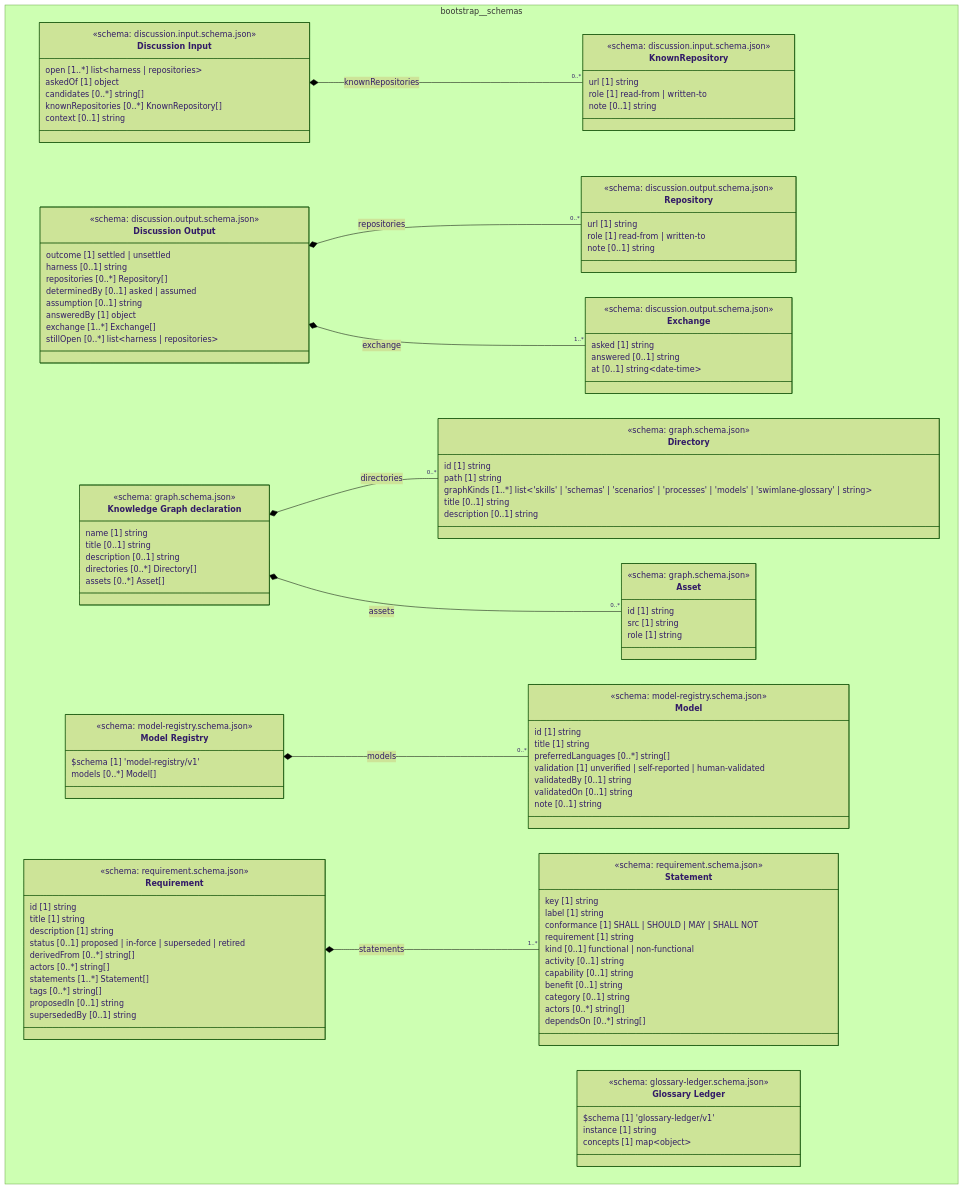
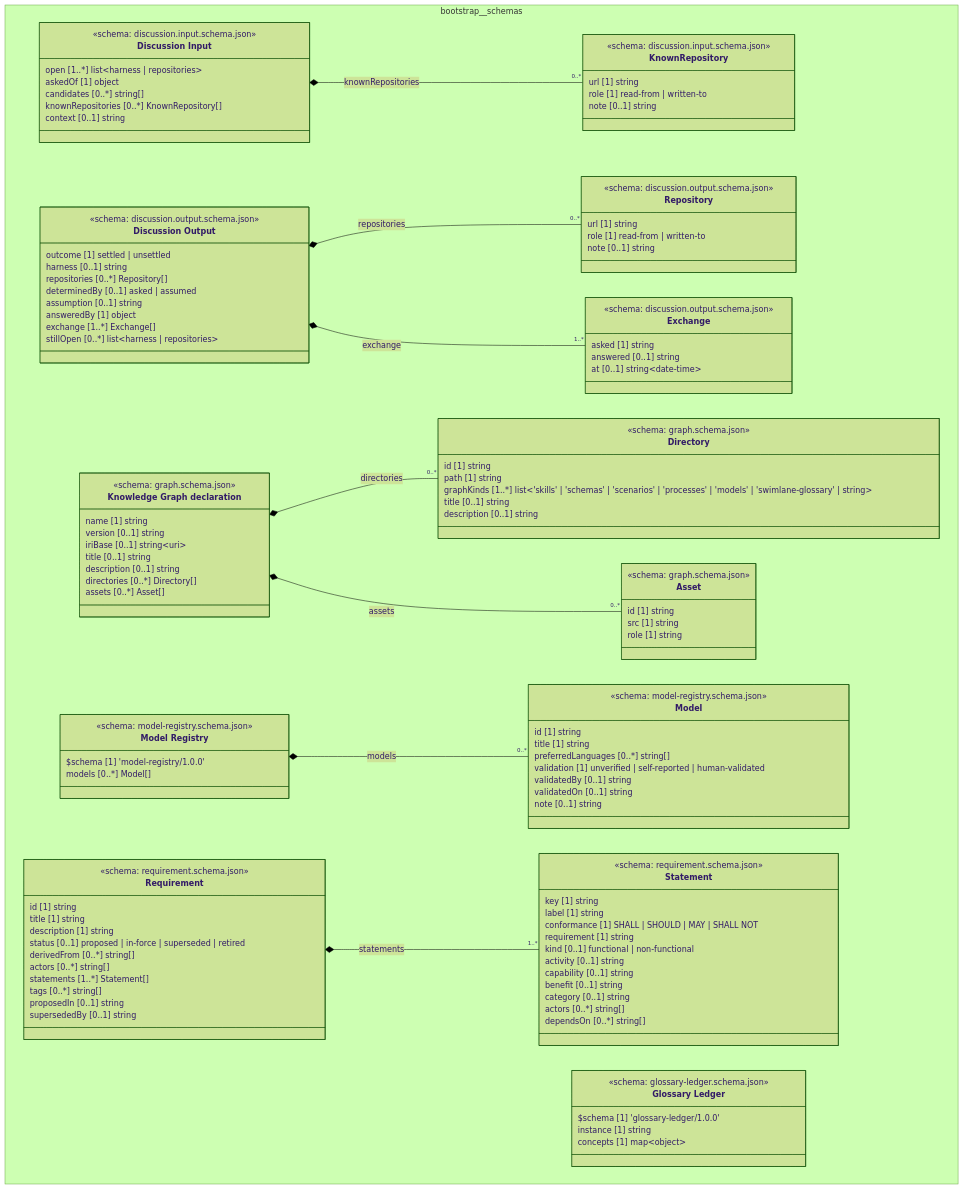
The diagram in cat-harness/docs/uml/overview/bootstrap/schemas.md (litlfred/folio-assistant), drawn with Mermaid (forest theme) before and after one commit. The commit also changed 332 other files, not shown here.

```diff
--- a/cat-harness/docs/uml/overview/bootstrap/schemas.md
+++ b/cat-harness/docs/uml/overview/bootstrap/schemas.md
@@ -82,7 +82,7 @@
     }
     class bootstrap_schemas_glossary_ledger_schema_json_Glossary_Ledger["Glossary Ledger"] {
       <<schema: glossary-ledger.schema.json>>
-      $schema [1] 'glossary-ledger/v1'
+      $schema [1] 'glossary-ledger/1.0.0'
       instance [1] string
       concepts [1] map~object~
     }
@@ -103,6 +103,8 @@
     class bootstrap_schemas_graph_schema_json_Knowledge_Graph_declaration["Knowledge Graph declaration"] {
       <<schema: graph.schema.json>>
       name [1] string
+      version [0..1] string
+      iriBase [0..1] string~uri~
       title [0..1] string
       description [0..1] string
       directories [0..*] Directory[]
@@ -120,7 +122,7 @@
     }
     class bootstrap_schemas_model_registry_schema_json_Model_Registry["Model Registry"] {
       <<schema: model-registry.schema.json>>
-      $schema [1] 'model-registry/v1'
+      $schema [1] 'model-registry/1.0.0'
       models [0..*] Model[]
     }
     class bootstrap_schemas_requirement_schema_json_Statement["Statement"] {
```
